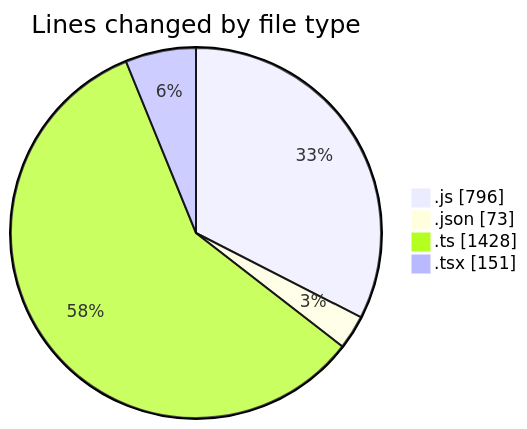
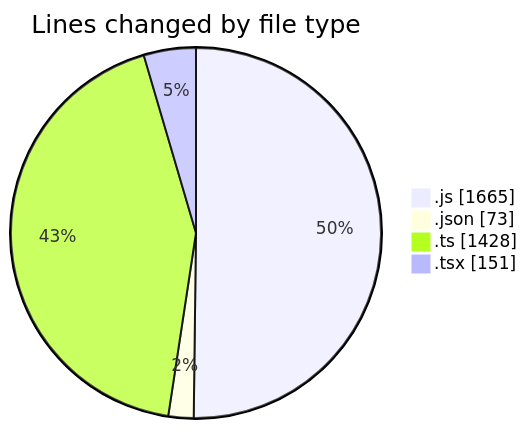
Before and after one commit to momahboobian/code-tracking: the first of 2 diagrams in 2026-03-23/cda/README.md, drawn with Mermaid. The commit also changed other lines of this file and 1 other file, not shown here.

````diff
--- a/2026-03-23/cda/README.md
+++ b/2026-03-23/cda/README.md
@@ -28,8 +29,8 @@
 ```mermaid
 pie showData
 title Lines changed by file type
-".js" : 796
+".js" : 1665
 ".json" : 73
 ".ts" : 1428
 ".tsx" : 151
 ```
````
